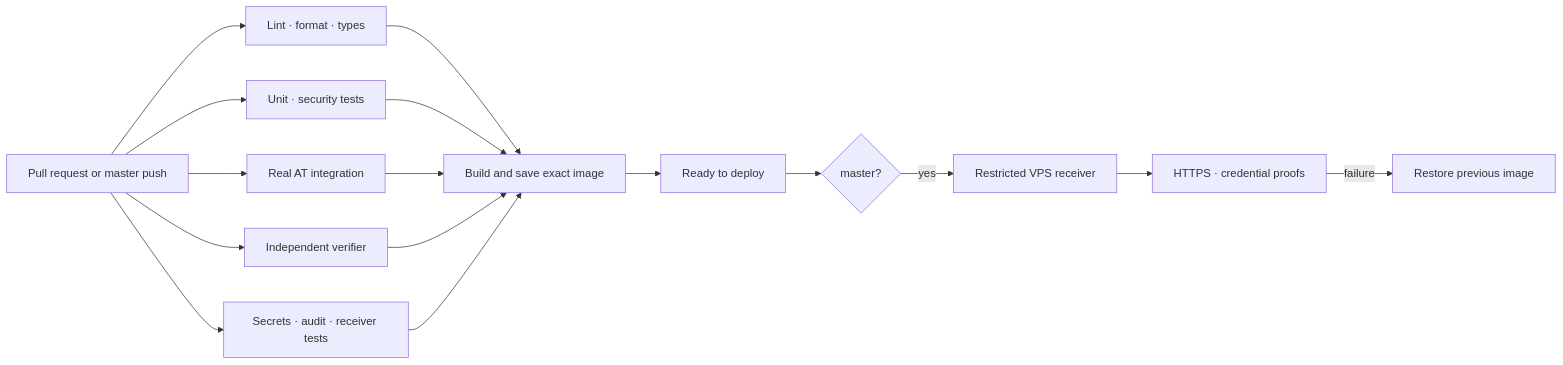
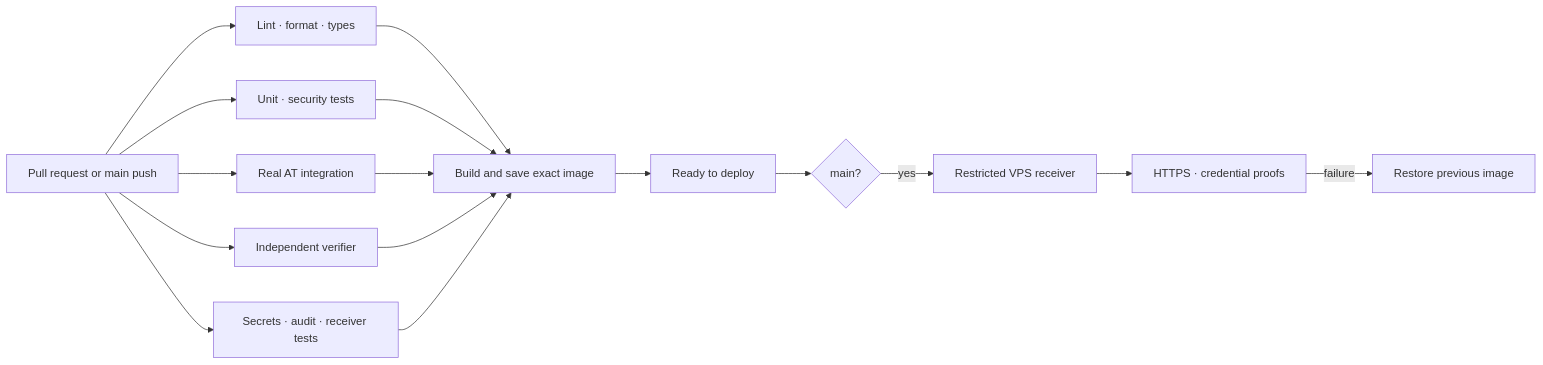
One commit to demokratiloftet/atproto-attestations changed the diagram in docs/quality.md. Above: the diagram before and after it, drawn with Mermaid. The commit also changed other lines of this file and 1 other file, not shown here.

Commit message:
feat: rename master to main (#21)

````diff
--- a/docs/quality.md
+++ b/docs/quality.md
@@ -33,14 +33,14 @@
 ```mermaid
 flowchart LR
-  Source[Pull request or master push] --> Quality[Lint · format · types]
+  Source[Pull request or main push] --> Quality[Lint · format · types]
   Source --> Tests[Unit · security tests]
   Source --> AT[Real AT integration]
   Source --> Package[Independent verifier]
   Source --> Security[Secrets · audit · receiver tests]
   Quality & Tests & AT & Package & Security --> Image[Build and save exact image]
   Image --> Gate[Ready to deploy]
-  Gate --> Branch{master?}
+  Gate --> Branch{main?}
   Branch -->|yes| Deploy[Restricted VPS receiver]
   Deploy --> Health[HTTPS · credential proofs]
   Health -->|failure| Rollback[Restore previous image]
 ```
````
